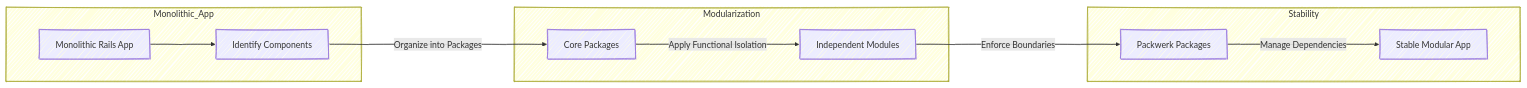
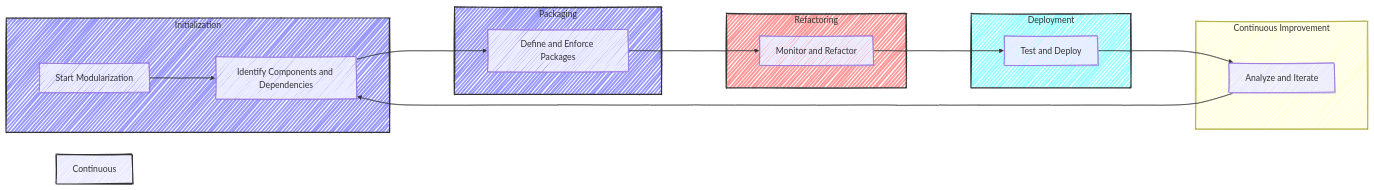
Before and after one commit to enogrob/enogrob.github.io: the diagram in _posts/2025-05-16-modular-monolity-with-packwerk.md, drawn with Mermaid. The commit also changed other lines of this file, not shown here.

Commit message:
update-post-packwerk

````diff
--- a/_posts/2025-05-16-modular-monolity-with-packwerk.md
+++ b/_posts/2025-05-16-modular-monolity-with-packwerk.md
@@ -50,15 +50,31 @@
 ```mermaid!
 %%{init: {"theme": "default", "look": "handDrawn", "flowchart": {"nodeSpacing": 60, "rankSpacing": 120}}}%%
-graph LR
-  subgraph Monolithic_App
-    A[Monolithic Rails App] --> B[Identify Components]
-  end
-  B -->|Organize into Packages| C[Core Packages]
-  subgraph Modularization
-    C -->|Apply Functional Isolation| D[Independent Modules]
-  end
-  subgraph Stability
-    D -->|Enforce Boundaries| E[Packwerk Packages]
-    E -->|Manage Dependencies| F[Stable Modular App]
-  end
+flowchart LR
+    subgraph Initialization
+        A[Start Modularization] --> B[Identify Components and Dependencies]
+    end
+
+    subgraph Packaging
+        B --> C[Define and Enforce Packages]
+    end
+
+    subgraph Refactoring
+        C --> D[Monitor and Refactor]
+    end
+
+    subgraph Deployment
+        D --> E[Test and Deploy]
+    end
+
+    subgraph Continuous Improvement
+        E --> F[Analyze and Iterate]
+        F --> B
+    end
+
+    %% Iteration points
+    style Continuous Improvement fill:#f9f,stroke:#333,stroke-width:2px
+    style Deployment fill:#9ff,stroke:#333,stroke-width:2px
+    style Refactoring fill:#f99,stroke:#333,stroke-width:2px
+    style Packaging fill:#99f,stroke:#333,stroke-width:2px
+    style Initialization fill:#99f,stroke:#333,stroke-width:2px
 ```
````
